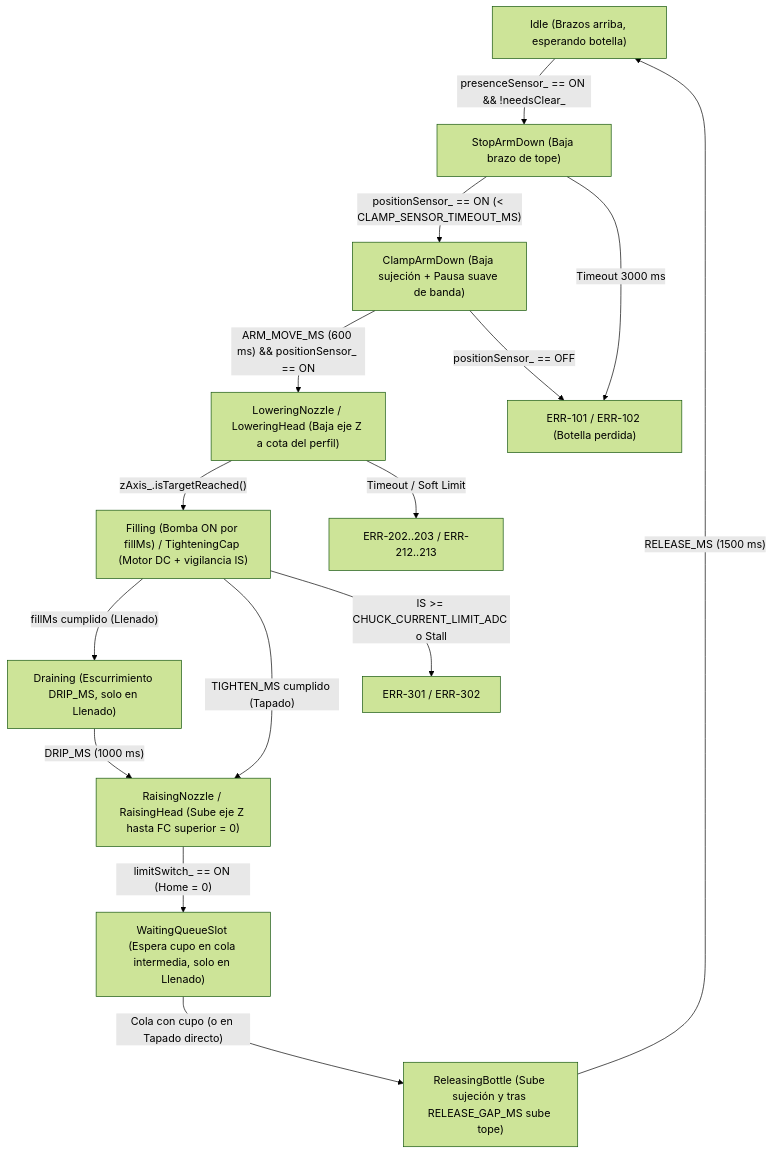
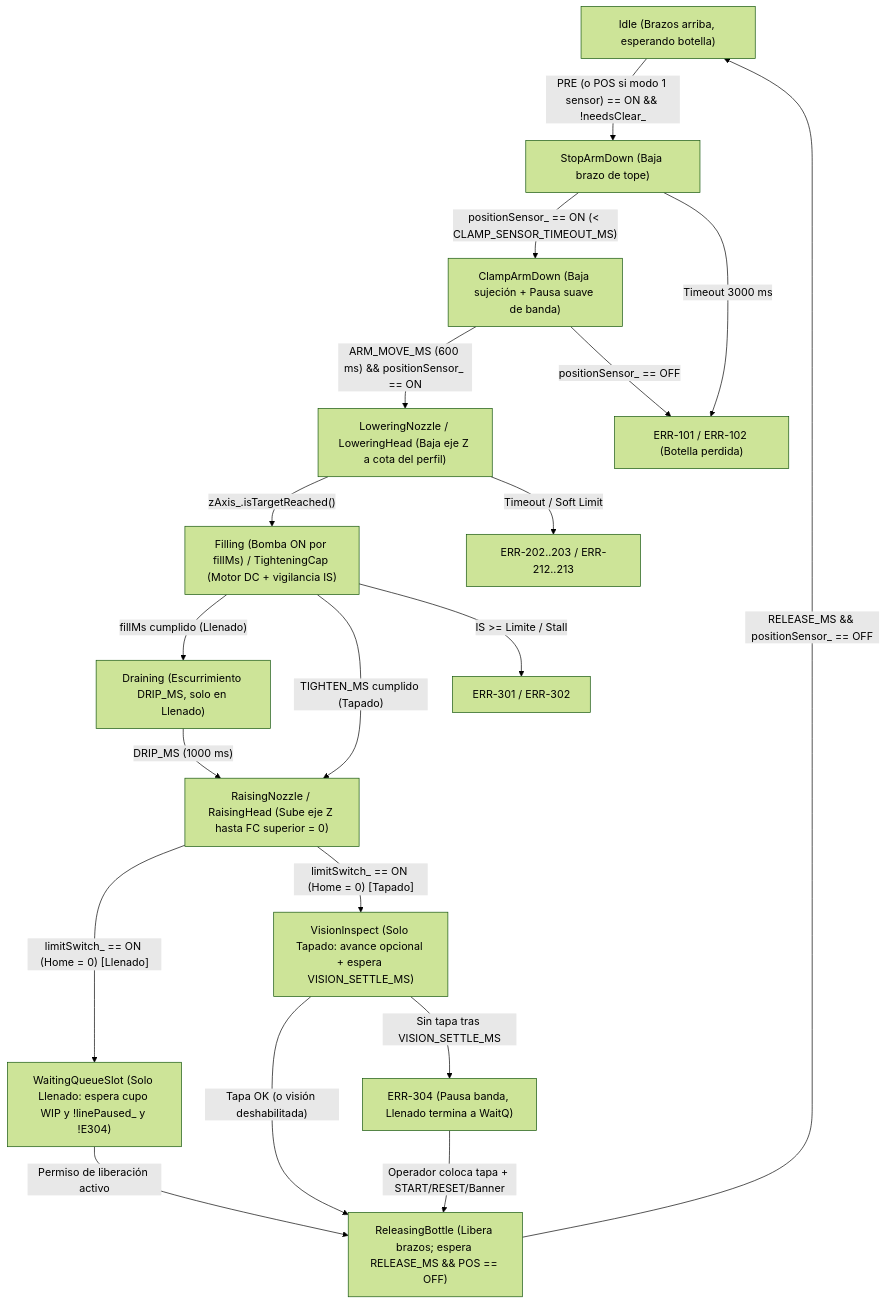
Before and after one commit to jdic/SMF-E3: the diagram in README.md, drawn with Mermaid (forest theme). The commit also changed other lines of this file, not shown here.

Commit message:
docs(readme): document artificial vision, 3-page runtime settings,     locked recovery, single-sensor flags, and Figma SVGs

````diff
--- a/README.md
+++ b/README.md
@@ -187,27 +182,32 @@
 ```mermaid
 flowchart TD
     Idle["Idle (Brazos arriba, esperando botella)"]
     StopArm["StopArmDown (Baja brazo de tope)"]
     ClampArm["ClampArmDown (Baja sujeción + Pausa suave de banda)"]
     LowerZ["LoweringNozzle / LoweringHead (Baja eje Z a cota del perfil)"]
     Process["Filling (Bomba ON por fillMs) / TighteningCap (Motor DC + vigilancia IS)"]
     Drain["Draining (Escurrimiento DRIP_MS, solo en Llenado)"]
     RaiseZ["RaisingNozzle / RaisingHead (Sube eje Z hasta FC superior = 0)"]
-    WaitQ["WaitingQueueSlot (Espera cupo en cola intermedia, solo en Llenado)"]
-    Release["ReleasingBottle (Sube sujeción y tras RELEASE_GAP_MS sube tope)"]
+    WaitQ["WaitingQueueSlot (Solo Llenado: espera cupo WIP y !linePaused_ y !E304)"]
+    Vision["VisionInspect (Solo Tapado: avance opcional + espera VISION_SETTLE_MS)"]
+    Release["ReleasingBottle (Libera brazos; espera RELEASE_MS && POS == OFF)"]
 
-    Idle -->|"presenceSensor_ == ON && !needsClear_"| StopArm
+    Idle -->|"PRE (o POS si modo 1 sensor) == ON && !needsClear_"| StopArm
     StopArm -->|"positionSensor_ == ON (< CLAMP_SENSOR_TIMEOUT_MS)"| ClampArm
     StopArm -->|"Timeout 3000 ms"| Err101["ERR-101 / ERR-102 (Botella perdida)"]
     ClampArm -->|"ARM_MOVE_MS (600 ms) && positionSensor_ == ON"| LowerZ
     ClampArm -->|"positionSensor_ == OFF"| Err101
     LowerZ -->|"zAxis_.isTargetReached()"| Process
     LowerZ -->|"Timeout / Soft Limit"| Err200["ERR-202..203 / ERR-212..213"]
     Process -->|"fillMs cumplido (Llenado)"| Drain
     Process -->|"TIGHTEN_MS cumplido (Tapado)"| RaiseZ
-    Process -->|"IS >= CHUCK_CURRENT_LIMIT_ADC o Stall"| Err300["ERR-301 / ERR-302"]
+    Process -->|"IS >= Limite / Stall"| Err300["ERR-301 / ERR-302"]
     Drain -->|"DRIP_MS (1000 ms)"| RaiseZ
-    RaiseZ -->|"limitSwitch_ == ON (Home = 0)"| WaitQ
-    WaitQ -->|"Cola con cupo (o en Tapado directo)"| Release
-    Release -->|"RELEASE_MS (1500 ms)"| Idle
+    RaiseZ -->|"limitSwitch_ == ON (Home = 0) [Llenado]"| WaitQ
+    RaiseZ -->|"limitSwitch_ == ON (Home = 0) [Tapado]"| Vision
+    Vision -->|"Tapa OK (o visión deshabilitada)"| Release
+    Vision -->|"Sin tapa tras VISION_SETTLE_MS"| Err304["ERR-304 (Pausa banda, Llenado termina a WaitQ)"]
+    Err304 -->|"Operador coloca tapa + START/RESET/Banner"| Release
+    WaitQ -->|"Permiso de liberación activo"| Release
+    Release -->|"RELEASE_MS && positionSensor_ == OFF"| Idle
 ```
````
